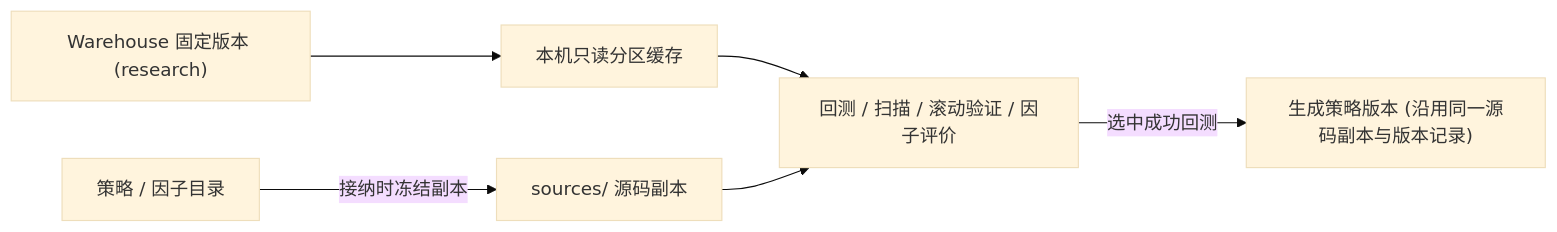
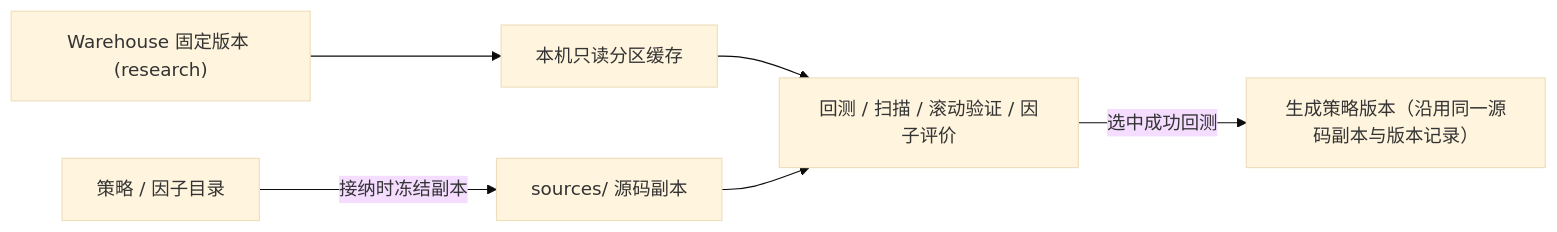
The first of 5 diagrams in docs/lab/README.md (isqiwen/asterion-terminal), drawn with Mermaid (base theme) before and after one commit. The commit also changed other lines of this file and 1 other file, not shown here.

Commit message:
docs: streamline terminal and lab docs with diagrams and structured tables

````diff
--- a/docs/lab/README.md
+++ b/docs/lab/README.md
@@ -11,8 +9,8 @@
 ```mermaid
 flowchart LR
   WH["Warehouse 固定版本 (research)"] --> Cache["本机只读分区缓存"]
   Src["策略 / 因子目录"] -->|接纳时冻结副本| Copy["sources/ 源码副本"]
   Cache --> Run["回测 / 扫描 / 滚动验证 / 因子评价"]
   Copy --> Run
-  Run -->|选中成功回测| Pkg["生成策略版本 (沿用同一源码副本与版本记录)"]
+  Run -->|选中成功回测| Pkg["生成策略版本（沿用同一源码副本与版本记录）"]
 ```
````
